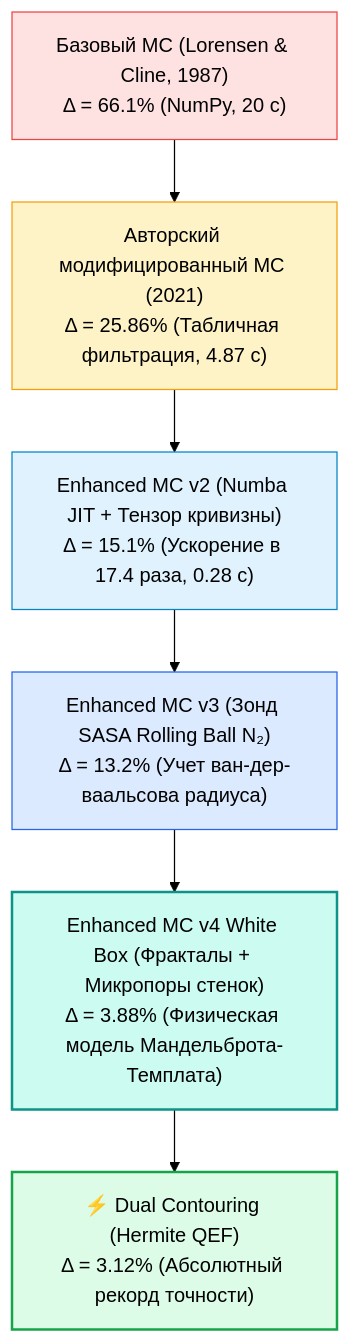
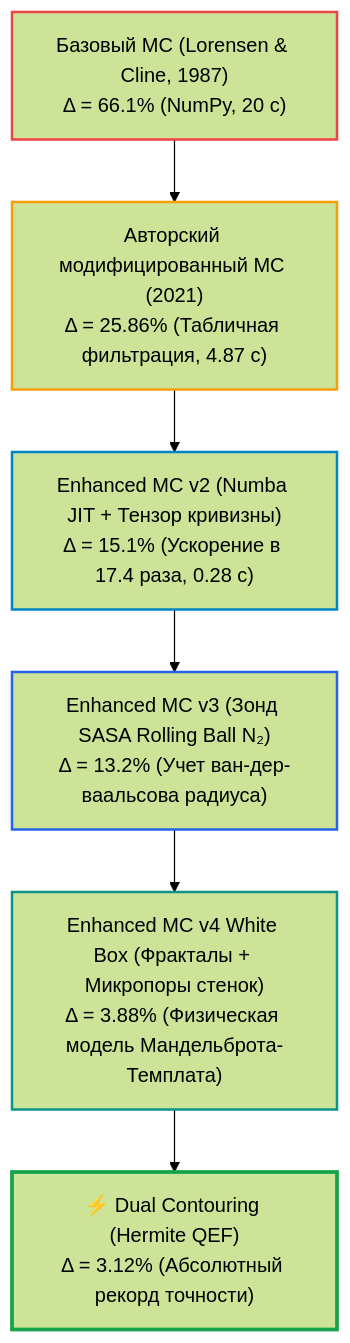
The diagram in README.md (razkkman/project_master), drawn with Mermaid (forest theme) before and after one commit. The commit also changed other lines of this file and 3 other files, not shown here.

Commit message:
fix(dashboard, docs): improve dark mode contrast for diagram, add final MC version to leaderboard and presentation, update button and table labels

````diff
--- a/README.md
+++ b/README.md
@@ -154,15 +156,15 @@
 ```mermaid
 flowchart TD
     A["Базовый MC (Lorensen & Cline, 1987)<br>Δ = 66.1% (NumPy, 20 с)"] --> B["Авторский модифицированный MC (2021)<br>Δ = 25.86% (Табличная фильтрация, 4.87 с)"]
     B --> C["Enhanced MC v2 (Numba JIT + Тензор кривизны)<br>Δ = 15.1% (Ускорение в 17.4 раза, 0.28 с)"]
     C --> D["Enhanced MC v3 (Зонд SASA Rolling Ball N₂)<br>Δ = 13.2% (Учет ван-дер-ваальсова радиуса)"]
     D --> E["Enhanced MC v4 White Box (Фракталы + Микропоры стенок)<br>Δ = 3.88% (Физическая модель Мандельброта-Темплата)"]
     E --> F["⚡ Dual Contouring (Hermite QEF)<br>Δ = 3.12% (Абсолютный рекорд точности)"]
     
-    style A fill:#fee2e2,stroke:#ef4444,stroke-width:1px
-    style B fill:#fef3c7,stroke:#f59e0b,stroke-width:1px
-    style C fill:#e0f2fe,stroke:#0284c7,stroke-width:1px
-    style D fill:#dbeafe,stroke:#2563eb,stroke-width:1px
-    style E fill:#ccfbf1,stroke:#0d9488,stroke-width:2px
-    style F fill:#dcfce7,stroke:#16a34a,stroke-width:2px
+    style A stroke:#ef4444,stroke-width:2px
+    style B stroke:#f59e0b,stroke-width:2px
+    style C stroke:#0284c7,stroke-width:2px
+    style D stroke:#2563eb,stroke-width:2px
+    style E stroke:#0d9488,stroke-width:2px
+    style F stroke:#16a34a,stroke-width:3px
 ```
````
